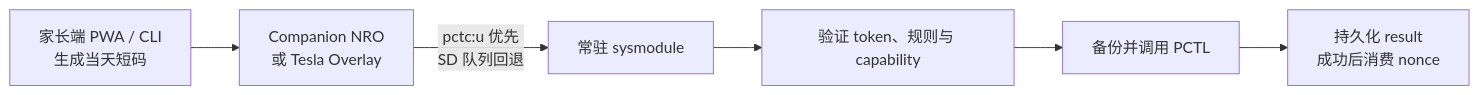
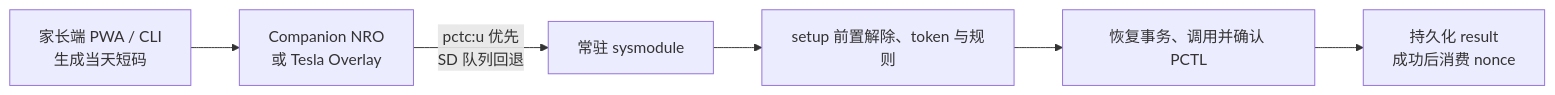
The diagram in README.md (selfuppen/NX-PlayWise), drawn with Mermaid before and after one commit. The commit also changed other lines of this file and 41 other files, not shown here.

````diff
--- a/README.md
+++ b/README.md
@@ -33,8 +33,8 @@
 ```mermaid
 flowchart LR
     A["家长端 PWA / CLI<br/>生成当天短码"] --> B["Companion NRO<br/>或 Tesla Overlay"]
     B -->|"pctc:u 优先<br/>SD 队列回退"| C["常驻 sysmodule"]
-    C --> D["验证 token、规则与 capability"]
-    D --> E["备份并调用 PCTL"]
+    C --> D["setup 前置解除、token 与规则"]
+    D --> E["恢复事务、调用并确认 PCTL"]
     E --> F["持久化 result<br/>成功后消费 nonce"]
 ```
````
